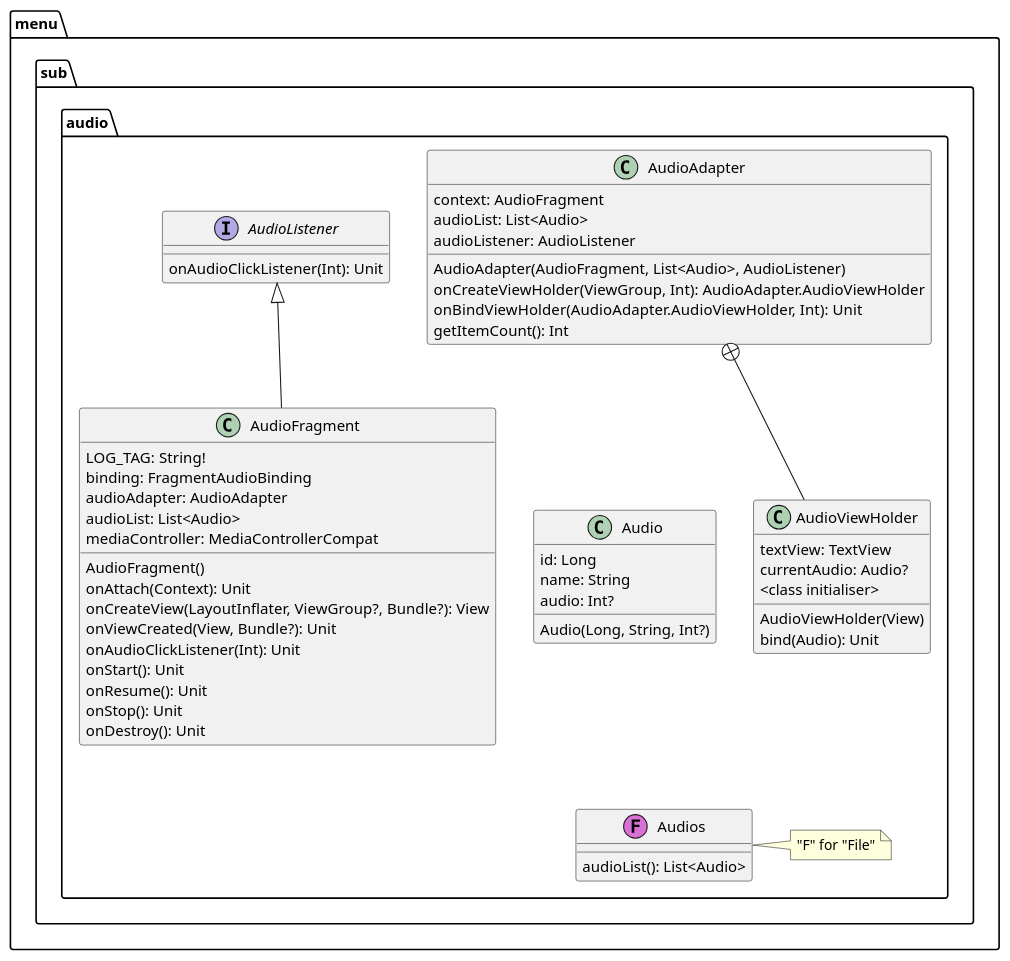
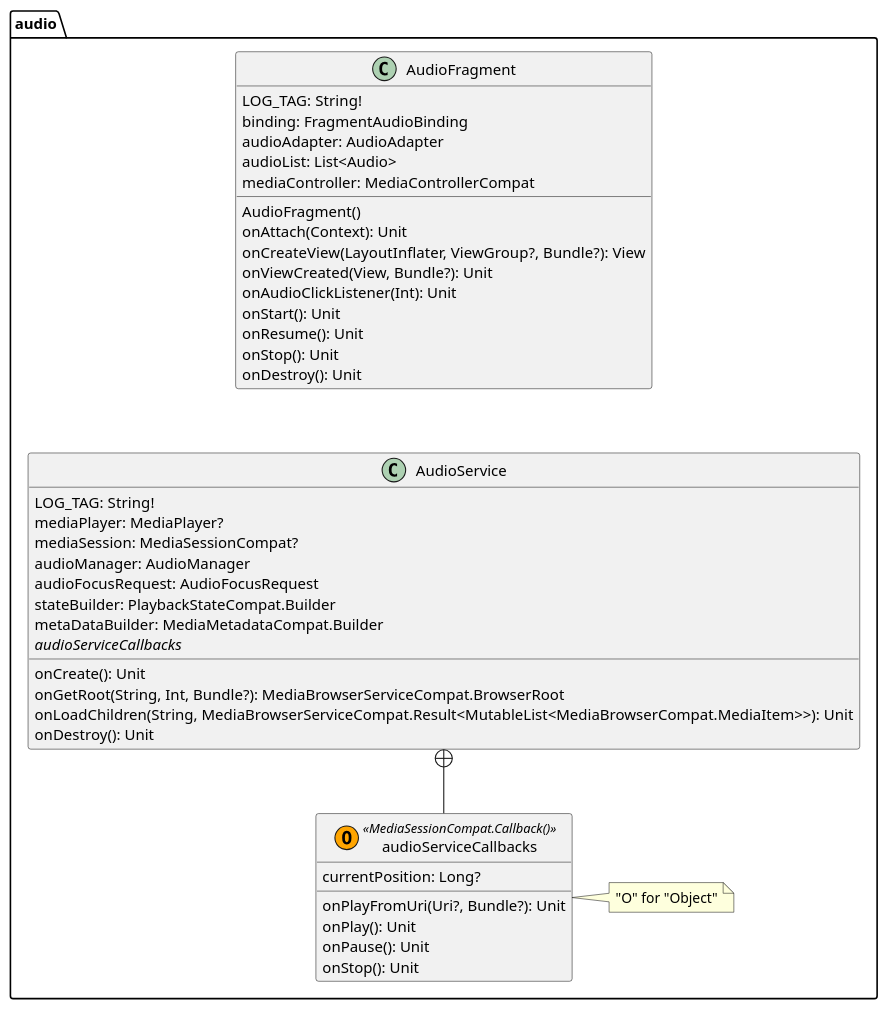
The diagram in Documents/packageAudio_new.puml (vertigonale/botify2), drawn with PlantUML before and after one commit. The commit also changed 2 other files, not shown here.

Commit message:
add small changes in puml and TODO

```diff
--- a/Documents/packageAudio_new.puml
+++ b/Documents/packageAudio_new.puml
@@ -1,71 +1,57 @@
 @startuml
-package "menu" {
- package "sub" {
-        package "audio" {
+package "audio" {
 
-            class AudioFragment {
-            		LOG_TAG: String!
-                binding: FragmentAudioBinding
-                audioAdapter: AudioAdapter
-                audioList: List<Audio>
-                mediaController: MediaControllerCompat
-                AudioFragment()
-                onAttach(Context): Unit
-                onCreateView(LayoutInflater, ViewGroup?, Bundle?): View
-                onViewCreated(View, Bundle?): Unit
-                onAudioClickListener(Int): Unit
-                onStart(): Unit
-                onResume(): Unit
-                onStop(): Unit
-                onDestroy(): Unit
-            }
+    class AudioService {
+        LOG_TAG: String!
+        mediaPlayer: MediaPlayer?
+        mediaSession: MediaSessionCompat?
+        audioManager: AudioManager
+        audioFocusRequest: AudioFocusRequest
+        stateBuilder: PlaybackStateCompat.Builder
+        metaDataBuilder: MediaMetadataCompat.Builder
+        //audioServiceCallbacks//
+        onCreate(): Unit
+        onGetRoot(String, Int, Bundle?): MediaBrowserServiceCompat.BrowserRoot
+        onLoadChildren(String, MediaBrowserServiceCompat.Result<MutableList<MediaBrowserCompat.MediaItem>>): Unit
+        onDestroy(): Unit
+    }
 
-            class AudioAdapter {
-                context: AudioFragment
-                audioList: List<Audio>
-                audioListener: AudioListener
-                AudioAdapter(AudioFragment, List<Audio>, AudioListener)
-                onCreateViewHolder(ViewGroup, Int): AudioAdapter.AudioViewHolder
-                onBindViewHolder(AudioAdapter.AudioViewHolder, Int): Unit
-                getItemCount(): Int
-            }
+    class audioServiceCallbacks <<(O,orange)MediaSessionCompat.Callback()>> {
+        currentPosition: Long?
+        onPlayFromUri(Uri?, Bundle?): Unit
+        onPlay(): Unit
+        onPause(): Unit
+        onStop(): Unit
+    }
 
-            class AudioViewHolder {
-                textView: TextView
-                currentAudio: Audio?
-            ' TODO what to do with this pain in the ass?
-                <class initialiser>
-                AudioViewHolder(View)
-                bind(Audio): Unit
-            }
-
-            class Audio {
-                id: Long
-                name: String
-                audio: Int?
-                Audio(Long, String, Int?)
-            }
-
-            interface AudioListener {
-                onAudioClickListener(Int): Unit
-            }
-            'TODO how to handle "Audios.kt"
-            class Audios <<(F,orchid)>> {
-                audioList(): List<Audio>
-
-            }
-            note right: "F" for "File"
-        }
+    note right: "O" for "Object"
+    /' as N1
+        audioServiceCallbacks <.. N1
+'/
+    class AudioFragment {
+            LOG_TAG: String!
+        binding: FragmentAudioBinding
+        audioAdapter: AudioAdapter
+        audioList: List<Audio>
+        mediaController: MediaControllerCompat
+        AudioFragment()
+        onAttach(Context): Unit
+        onCreateView(LayoutInflater, ViewGroup?, Bundle?): View
+        onViewCreated(View, Bundle?): Unit
+        onAudioClickListener(Int): Unit
+        onStart(): Unit
+        onResume(): Unit
+        onStop(): Unit
+        onDestroy(): Unit
     }
 }
 
 ' dependencies
-    AudioListener <|-- AudioFragment
-    AudioAdapter +-- AudioViewHolder
+'    AudioListener <|-- AudioFragment
+    AudioService +-- audioServiceCallbacks
 
 ' output layout
-    Audio-[hidden]-> Audios
-    AudioViewHolder -[hidden]-> Audios
-    AudioAdapter-[hidden]>Audio
+'	AudioService -[hidden]-> AudioListener
+    AudioFragment -[hidden]->AudioService
 
 @enduml
```
